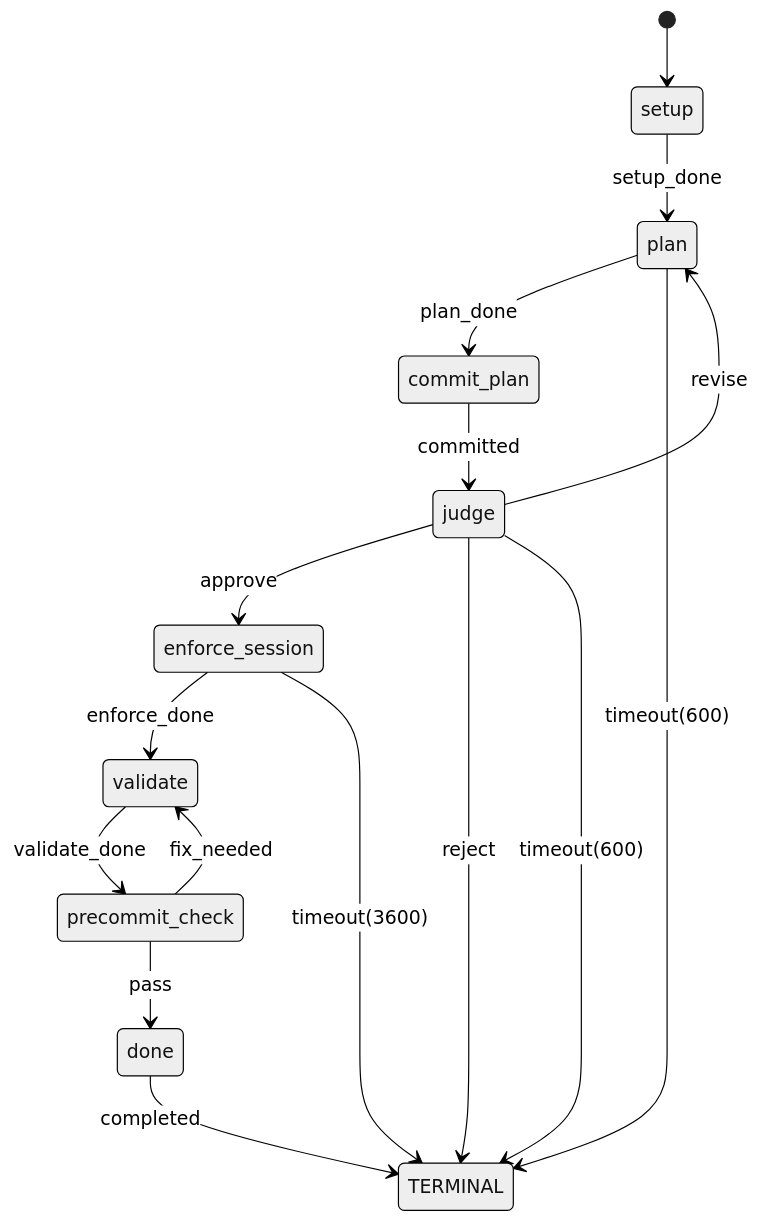
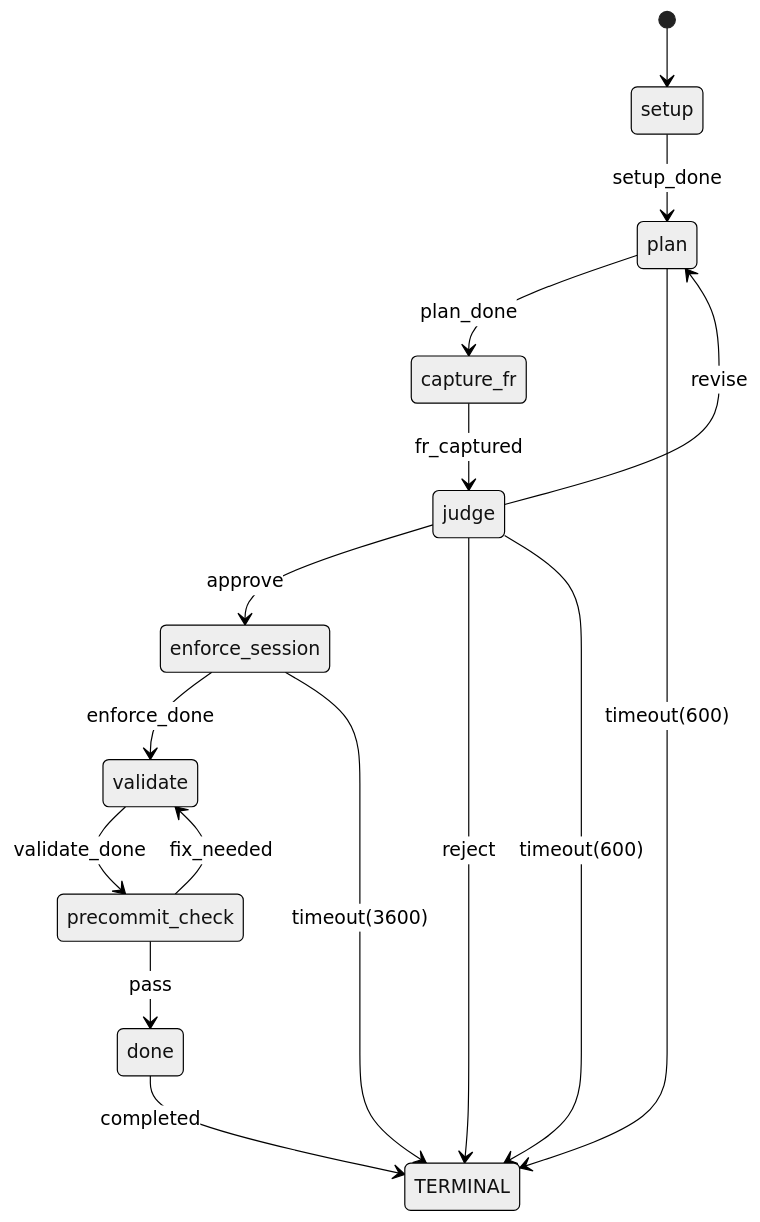
The diagram in docs/fsm-diagrams/watcher-pipeline-v2/OPERATIONAL.mermaid (sheikkinen/yamlgraph), drawn with Mermaid (neutral theme) before and after one commit. The commit also changed 8 other files, not shown here.

```diff
--- a/docs/fsm-diagrams/watcher-pipeline-v2/OPERATIONAL.mermaid
+++ b/docs/fsm-diagrams/watcher-pipeline-v2/OPERATIONAL.mermaid
@@ -1,25 +1,25 @@
 stateDiagram-v2
     %% Detailed view of OPERATIONAL
 
     [*] --> setup
 
     %% Internal transitions
     setup --> plan : setup_done
-    plan --> commit_plan : plan_done
-    commit_plan --> judge : committed
+    plan --> capture_fr : plan_done
+    capture_fr --> judge : fr_captured
     judge --> enforce_session : approve
     enforce_session --> validate : enforce_done
     validate --> precommit_check : validate_done
     precommit_check --> done : pass
     precommit_check --> validate : fix_needed
     judge --> plan : revise
 
     %% External composites
     state TERMINAL
 
     %% Transitions to other composites
     done --> TERMINAL : completed
     judge --> TERMINAL : reject
     plan --> TERMINAL : timeout(600)
     judge --> TERMINAL : timeout(600)
     enforce_session --> TERMINAL : timeout(3600)
```
